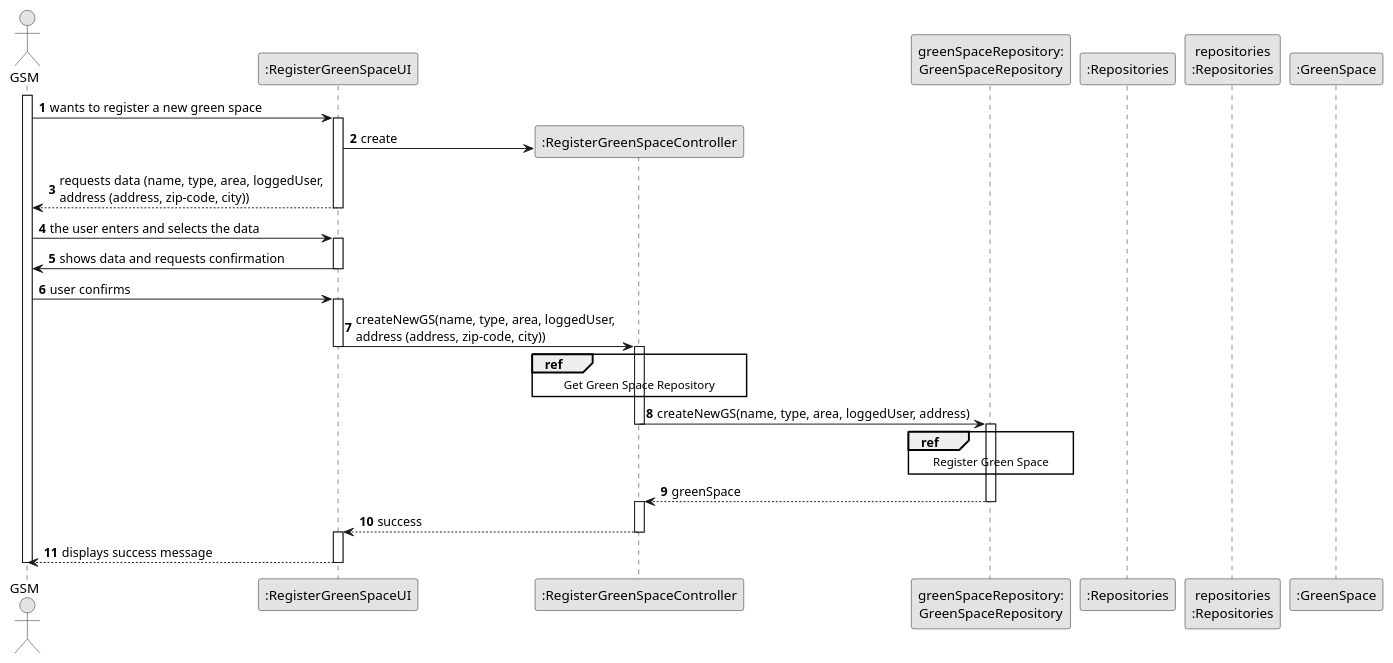
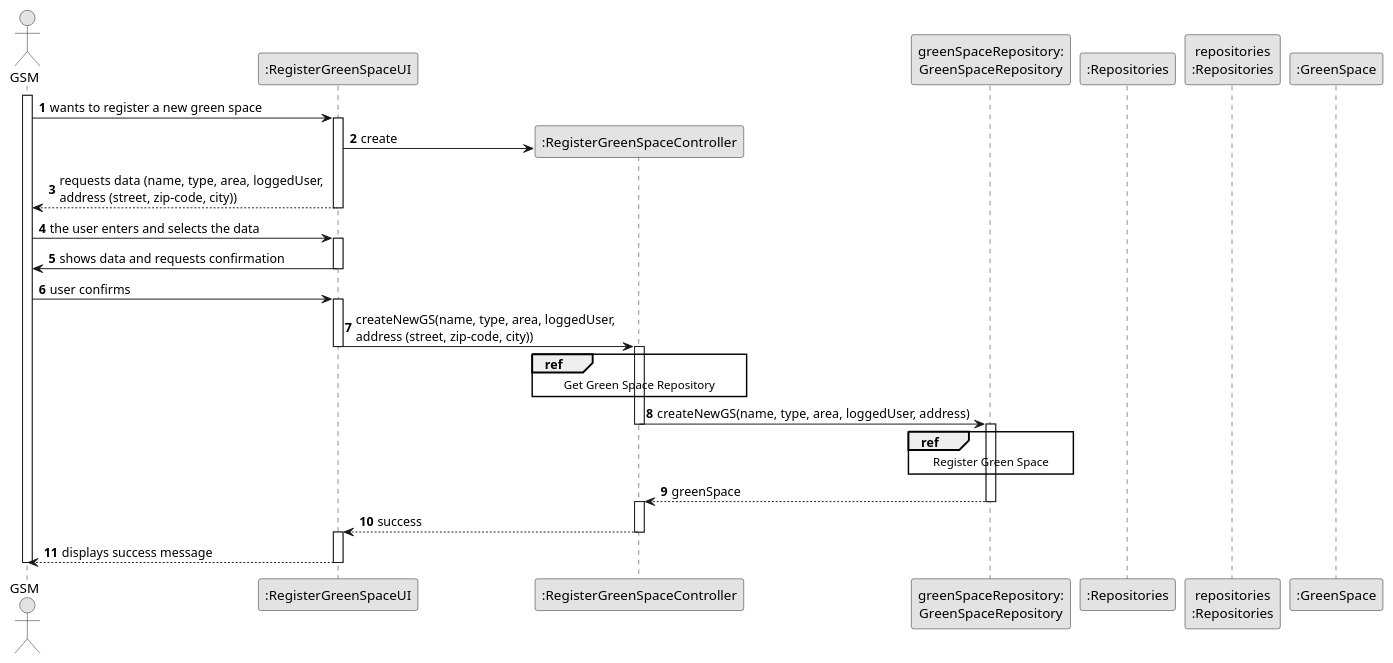
One commit to ricardomm7/leaflink changed the diagram in docs/sprintC/us020/03.design/puml/us020-sequence-diagram-split.puml. Above: the diagram before and after it, drawn with PlantUML. The commit also changed 5 other files, not shown here.

```diff
--- a/docs/sprintC/us020/03.design/puml/us020-sequence-diagram-split.puml
+++ b/docs/sprintC/us020/03.design/puml/us020-sequence-diagram-split.puml
@@ -2,55 +2,55 @@
 @startuml
 skinparam monochrome true
 skinparam packageStyle rectangle
 skinparam shadowing false
 
 'title System Sequence Diagram (SSD) - US020
 
 autonumber
 
 actor "GSM" as GSM
 participant ":RegisterGreenSpaceUI" as UI
 participant ":RegisterGreenSpaceController" as CTRL
 participant "greenSpaceRepository:\nGreenSpaceRepository" as gsrepo
 participant ":Repositories" as RepositorySingleton
 participant "repositories\n:Repositories" as PLAT
 participant ":GreenSpace" as GS
 
 activate GSM
 
     GSM -> UI : wants to register a new green space
     activate UI
 
         UI -> CTRL** : create
 
-        UI --> GSM : requests data (name, type, area, loggedUser, \naddress (address, zip-code, city))
+        UI --> GSM : requests data (name, type, area, loggedUser, \naddress (street, zip-code, city))
         deactivate UI
 GSM -> UI : the user enters and selects the data
 activate UI
 UI-> GSM : shows data and requests confirmation
 deactivate UI
 GSM -> UI: user confirms
 activate UI
-UI -> CTRL : createNewGS(name, type, area, loggedUser, \naddress (address, zip-code, city))
+UI -> CTRL : createNewGS(name, type, area, loggedUser, \naddress (street, zip-code, city))
 deactivate UI
 activate CTRL
 ref over CTRL
 Get Green Space Repository
 end ref
 CTRL -> gsrepo : createNewGS(name, type, area, loggedUser, address)
 deactivate CTRL
 activate gsrepo
 ref over gsrepo
 Register Green Space
 end ref
 gsrepo --> CTRL : greenSpace
 deactivate gsrepo
 activate CTRL
 CTRL --> UI : success
 deactivate CTRL
 activate UI
 UI-->GSM:displays success message
 deactivate UI
 deactivate GSM
 
 @enduml
```
